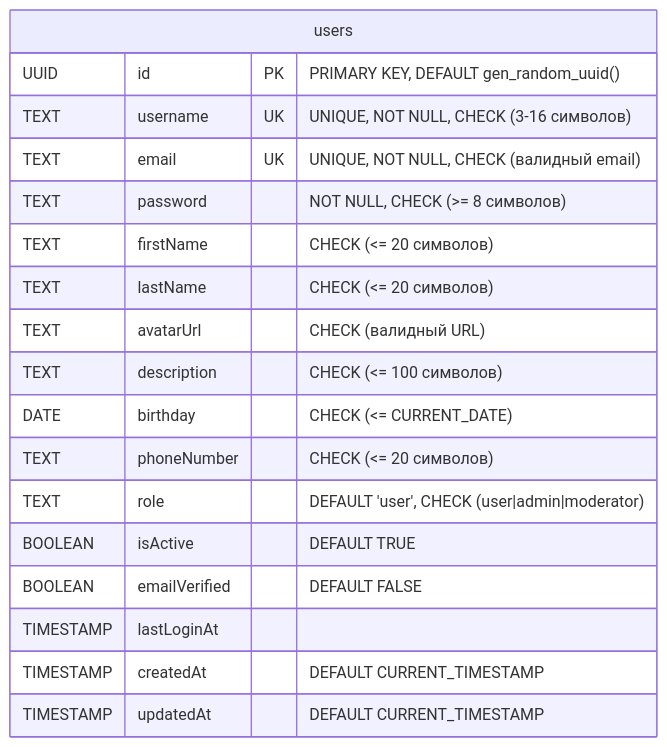
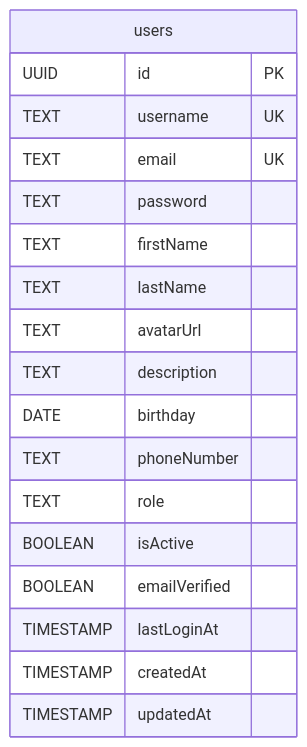
One commit to Ancrom/fullkek changed the diagram in README.md. Above: the diagram before and after it, drawn with Mermaid. The commit also changed other lines of this file and 2 other files, not shown here.

````diff
--- a/README.md
+++ b/README.md
@@ -36,21 +36,21 @@
 ```mermaid
 erDiagram
     users {
-        UUID id PK "PRIMARY KEY, DEFAULT gen_random_uuid()"
-        TEXT username UK "UNIQUE, NOT NULL, CHECK (3-16 символов)"
-        TEXT email UK "UNIQUE, NOT NULL, CHECK (валидный email)"
-        TEXT password "NOT NULL, CHECK (>= 8 символов)"
-        TEXT firstName "CHECK (<= 20 символов)"
-        TEXT lastName "CHECK (<= 20 символов)"
-        TEXT avatarUrl "CHECK (валидный URL)"
-        TEXT description "CHECK (<= 100 символов)"
-        DATE birthday "CHECK (<= CURRENT_DATE)"
-        TEXT phoneNumber "CHECK (<= 20 символов)"
-        TEXT role "DEFAULT 'user', CHECK (user|admin|moderator)"
-        BOOLEAN isActive "DEFAULT TRUE"
-        BOOLEAN emailVerified "DEFAULT FALSE"
+        UUID id PK
+        TEXT username UK
+        TEXT email UK
+        TEXT password
+        TEXT firstName
+        TEXT lastName
+        TEXT avatarUrl
+        TEXT description
+        DATE birthday
+        TEXT phoneNumber
+        TEXT role
+        BOOLEAN isActive
+        BOOLEAN emailVerified
         TIMESTAMP lastLoginAt
-        TIMESTAMP createdAt "DEFAULT CURRENT_TIMESTAMP"
-        TIMESTAMP updatedAt "DEFAULT CURRENT_TIMESTAMP"
+        TIMESTAMP createdAt
+        TIMESTAMP updatedAt
     }
 ```
````
